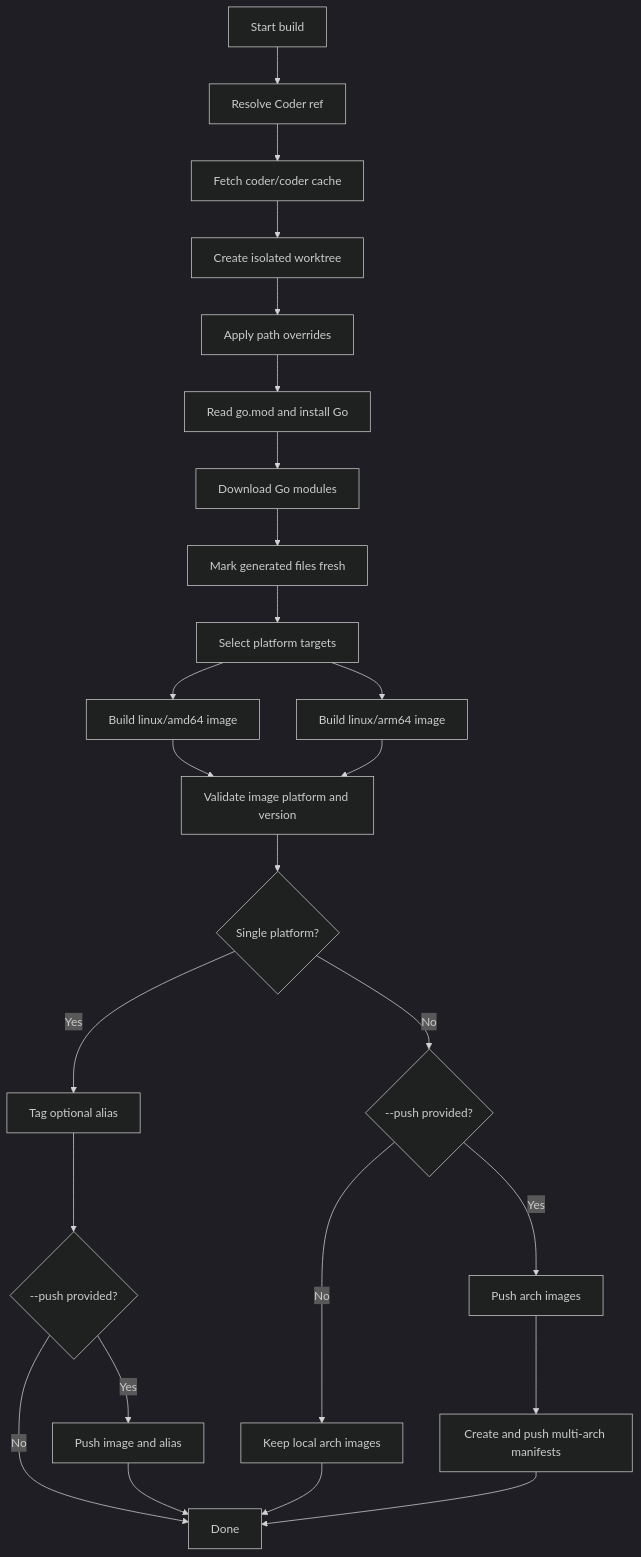
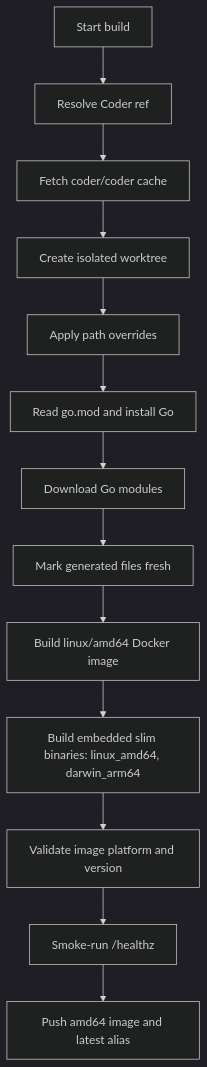
Before and after one commit to thomas-illiet/coder-builder: the diagram in docs/workflow.md, drawn with Mermaid (dark theme). The commit also changed other lines of this file and 3 other files, not shown here.

Commit message:
ci: build linux amd64 with darwin arm64 slim binary

````diff
--- a/docs/workflow.md
+++ b/docs/workflow.md
@@ -3,27 +3,15 @@
 ```mermaid
 flowchart TD
     A["Start build"] --> B["Resolve Coder ref"]
     B --> C["Fetch coder/coder cache"]
     C --> D["Create isolated worktree"]
     D --> E["Apply path overrides"]
     E --> F["Read go.mod and install Go"]
     F --> G["Download Go modules"]
     G --> H["Mark generated files fresh"]
-    H --> I["Select platform targets"]
-    I --> J["Build linux/amd64 image"]
-    I --> K["Build linux/arm64 image"]
-    J --> L["Validate image platform and version"]
-    K --> L
-    L --> M{"Single platform?"}
-    M -->|Yes| N["Tag optional alias"]
-    M -->|No| O{"--push provided?"}
-    N --> P{"--push provided?"}
-    P -->|Yes| Q["Push image and alias"]
-    P -->|No| R["Done"]
-    O -->|Yes| S["Push arch images"]
-    O -->|No| T["Keep local arch images"]
-    S --> U["Create and push multi-arch manifests"]
-    Q --> R
-    T --> R
-    U --> R
+    H --> I["Build linux/amd64 Docker image"]
+    I --> J["Build embedded slim binaries: linux_amd64, darwin_arm64"]
+    J --> K["Validate image platform and version"]
+    K --> L["Smoke-run /healthz"]
+    L --> M["Push amd64 image and latest alias"]
 ```
````
